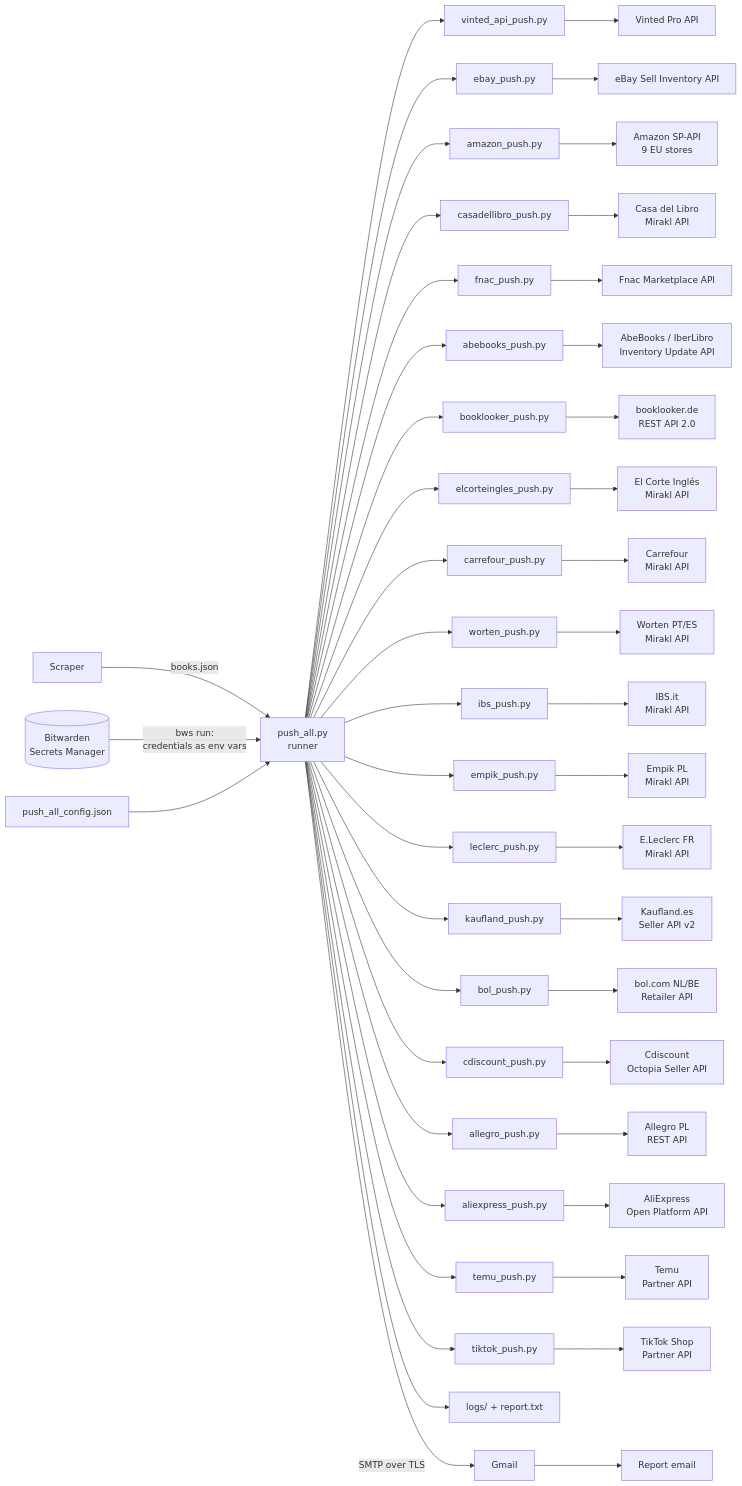
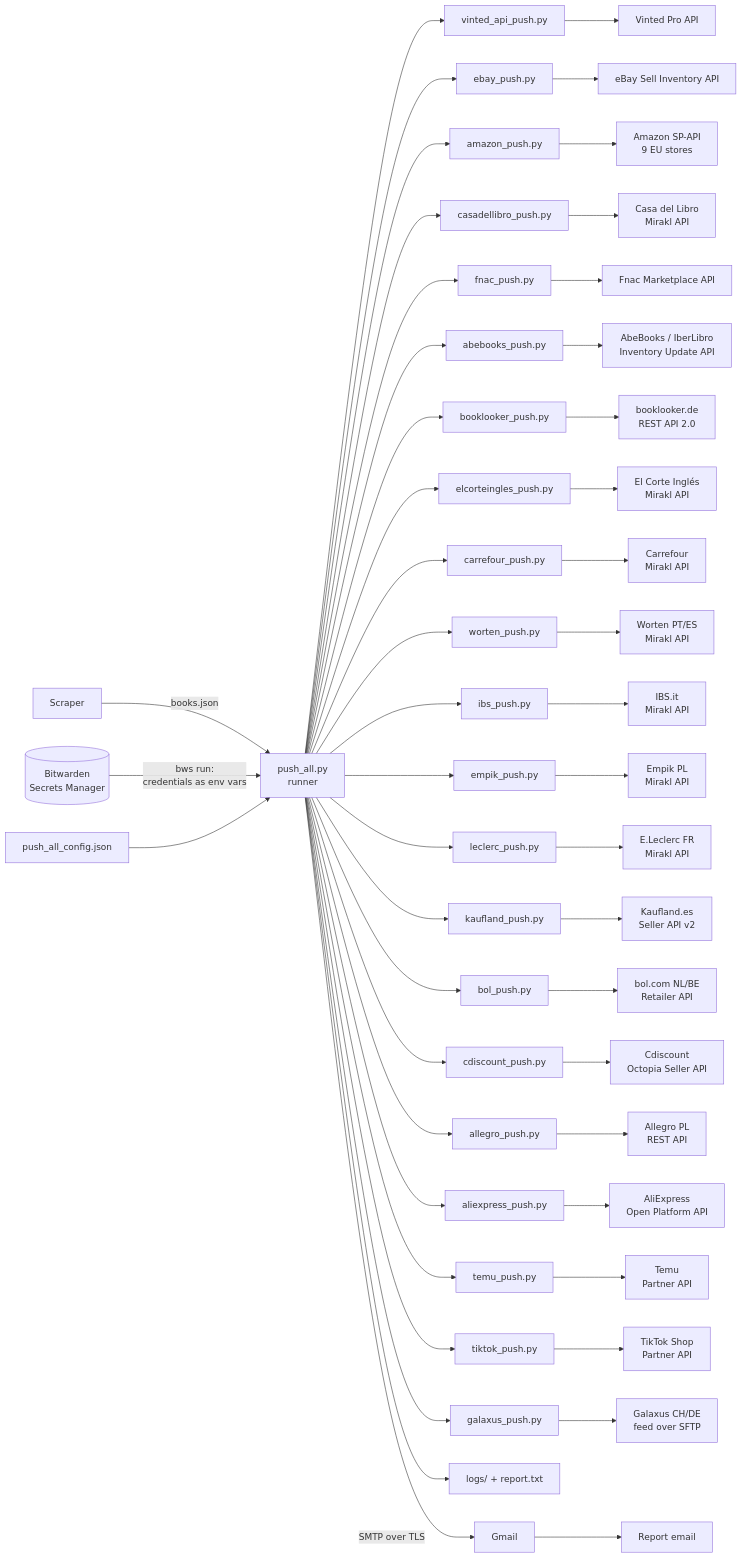
Before and after one commit to DavisGalla/products-api-push: the diagram in docs/architecture.md, drawn with Mermaid. The commit also changed other lines of this file and 14 other files, not shown here.

Commit message:
Add Galaxus pusher (StockPricingData feed over SFTP, pinned host key, CHF/EUR); include it in push_all, docs, architecture and capabilities PDFs

````diff
--- a/docs/architecture.md
+++ b/docs/architecture.md
@@ -29,28 +29,29 @@
 ```mermaid
 flowchart LR
     S[Scraper] -->|books.json| R
     BW[(Bitwarden<br>Secrets Manager)] -->|bws run:<br>credentials as env vars| R
     C[push_all_config.json] --> R
     R[push_all.py<br>runner] --> V[vinted_api_push.py] --> VA[Vinted Pro API]
     R --> E[ebay_push.py] --> EA[eBay Sell Inventory API]
     R --> A[amazon_push.py] --> AA[Amazon SP-API<br>9 EU stores]
     R --> CL[casadellibro_push.py] --> CLA[Casa del Libro<br>Mirakl API]
     R --> F[fnac_push.py] --> FA[Fnac Marketplace API]
     R --> AB[abebooks_push.py] --> ABA[AbeBooks / IberLibro<br>Inventory Update API]
     R --> BL[booklooker_push.py] --> BLA[booklooker.de<br>REST API 2.0]
     R --> EC[elcorteingles_push.py] --> ECA[El Corte Inglés<br>Mirakl API]
     R --> CF[carrefour_push.py] --> CFA[Carrefour<br>Mirakl API]
     R --> W[worten_push.py] --> WA[Worten PT/ES<br>Mirakl API]
     R --> IB[ibs_push.py] --> IBA[IBS.it<br>Mirakl API]
     R --> EM[empik_push.py] --> EMA[Empik PL<br>Mirakl API]
     R --> LE[leclerc_push.py] --> LEA[E.Leclerc FR<br>Mirakl API]
     R --> K[kaufland_push.py] --> KA[Kaufland.es<br>Seller API v2]
     R --> BO[bol_push.py] --> BOA[bol.com NL/BE<br>Retailer API]
     R --> CD[cdiscount_push.py] --> CDA[Cdiscount<br>Octopia Seller API]
     R --> AL[allegro_push.py] --> ALA[Allegro PL<br>REST API]
     R --> AE[aliexpress_push.py] --> AEA[AliExpress<br>Open Platform API]
     R --> TM[temu_push.py] --> TMA[Temu<br>Partner API]
     R --> TT[tiktok_push.py] --> TTA[TikTok Shop<br>Partner API]
+    R --> GX[galaxus_push.py] --> GXA[Galaxus CH/DE<br>feed over SFTP]
     R --> L[logs/ + report.txt]
     R -->|SMTP over TLS| G[Gmail] --> M[Report email]
 ```
````
